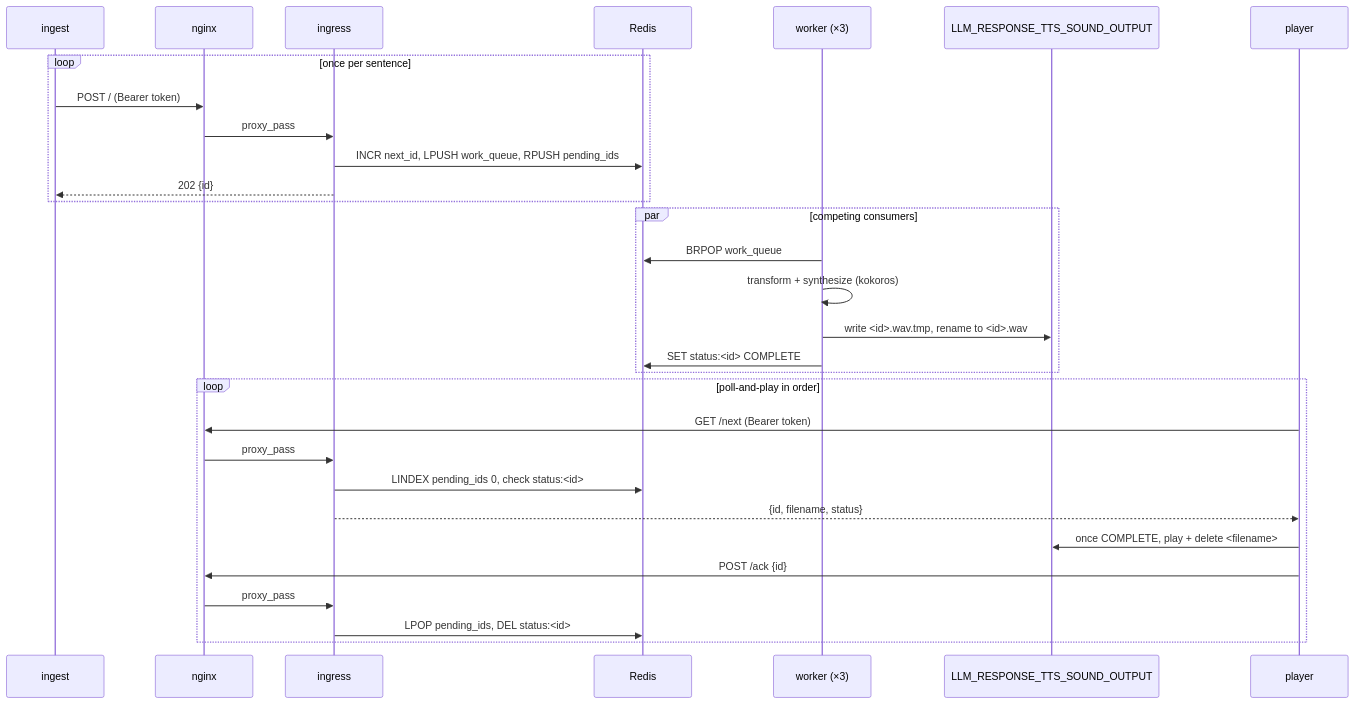
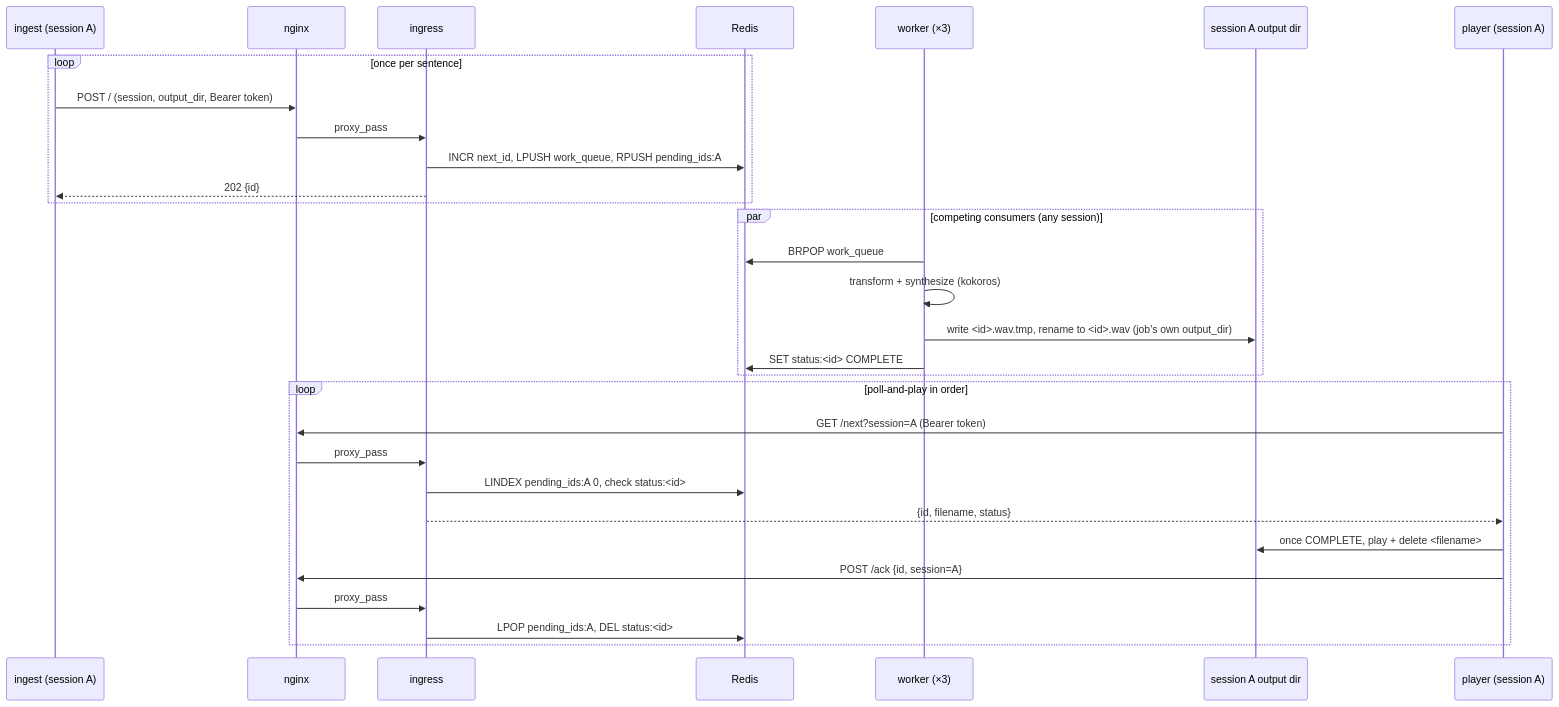
Before and after one commit to xliang01dev/llm-response-tts: the second of 2 diagrams in README.md, drawn with Mermaid. The commit also changed other lines of this file, not shown here.

Commit message:
README: document per-session isolation (clear-all-speech, session-scoped output/lock/queue)

````diff
--- a/README.md
+++ b/README.md
@@ -264,35 +301,35 @@
 ```mermaid
 sequenceDiagram
-    participant H as ingest
+    participant H as ingest (session A)
     participant N as nginx
     participant I as ingress
     participant R as Redis
     participant W as worker (×3)
-    participant O as LLM_RESPONSE_TTS_SOUND_OUTPUT
-    participant P as player
+    participant O as session A output dir
+    participant P as player (session A)
 
     loop once per sentence
-        H->>N: POST / (Bearer token)
+        H->>N: POST / (session, output_dir, Bearer token)
         N->>I: proxy_pass
-        I->>R: INCR next_id, LPUSH work_queue, RPUSH pending_ids
+        I->>R: INCR next_id, LPUSH work_queue, RPUSH pending_ids:A
         I-->>H: 202 {id}
     end
 
-    par competing consumers
+    par competing consumers (any session)
         W->>R: BRPOP work_queue
         W->>W: transform + synthesize (kokoros)
-        W->>O: write <id>.wav.tmp, rename to <id>.wav
+        W->>O: write <id>.wav.tmp, rename to <id>.wav (job's own output_dir)
         W->>R: SET status:<id> COMPLETE
     end
 
     loop poll-and-play in order
-        P->>N: GET /next (Bearer token)
+        P->>N: GET /next?session=A (Bearer token)
         N->>I: proxy_pass
-        I->>R: LINDEX pending_ids 0, check status:<id>
+        I->>R: LINDEX pending_ids:A 0, check status:<id>
         I-->>P: {id, filename, status}
         P->>O: once COMPLETE, play + delete <filename>
-        P->>N: POST /ack {id}
+        P->>N: POST /ack {id, session=A}
         N->>I: proxy_pass
-        I->>R: LPOP pending_ids, DEL status:<id>
+        I->>R: LPOP pending_ids:A, DEL status:<id>
     end
 ```
````
